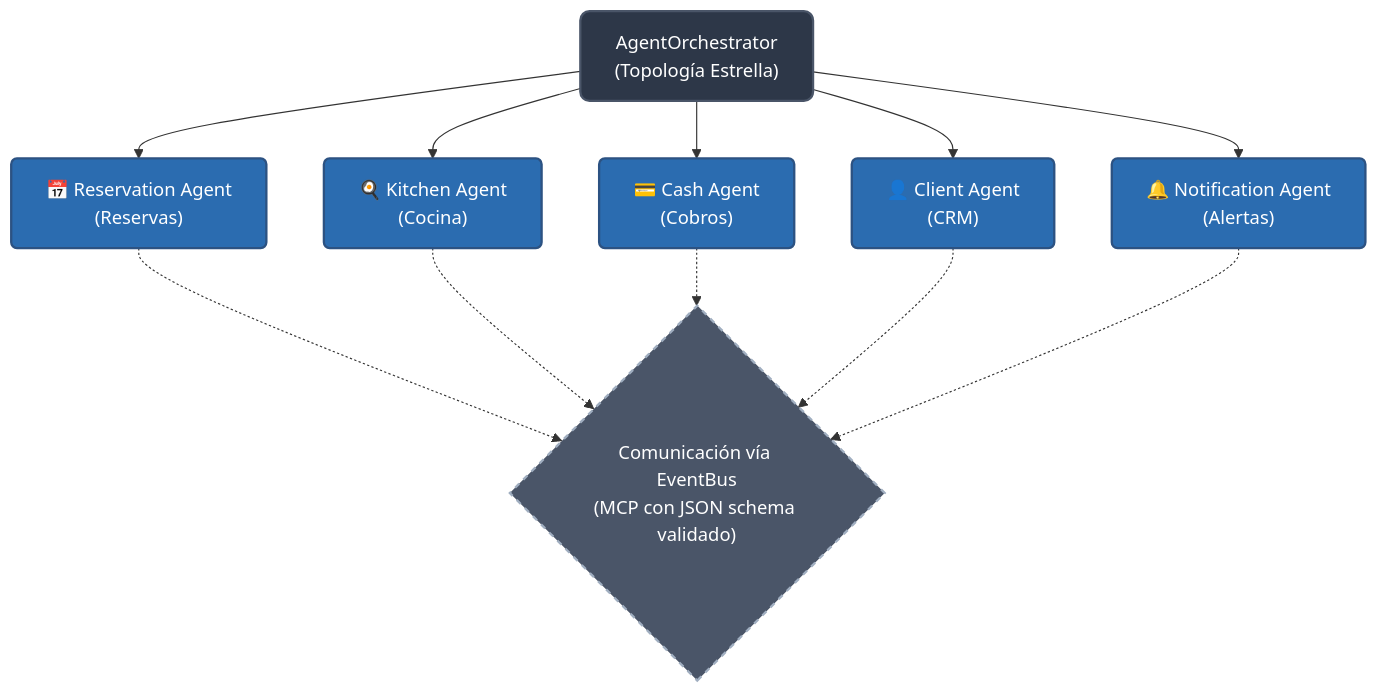
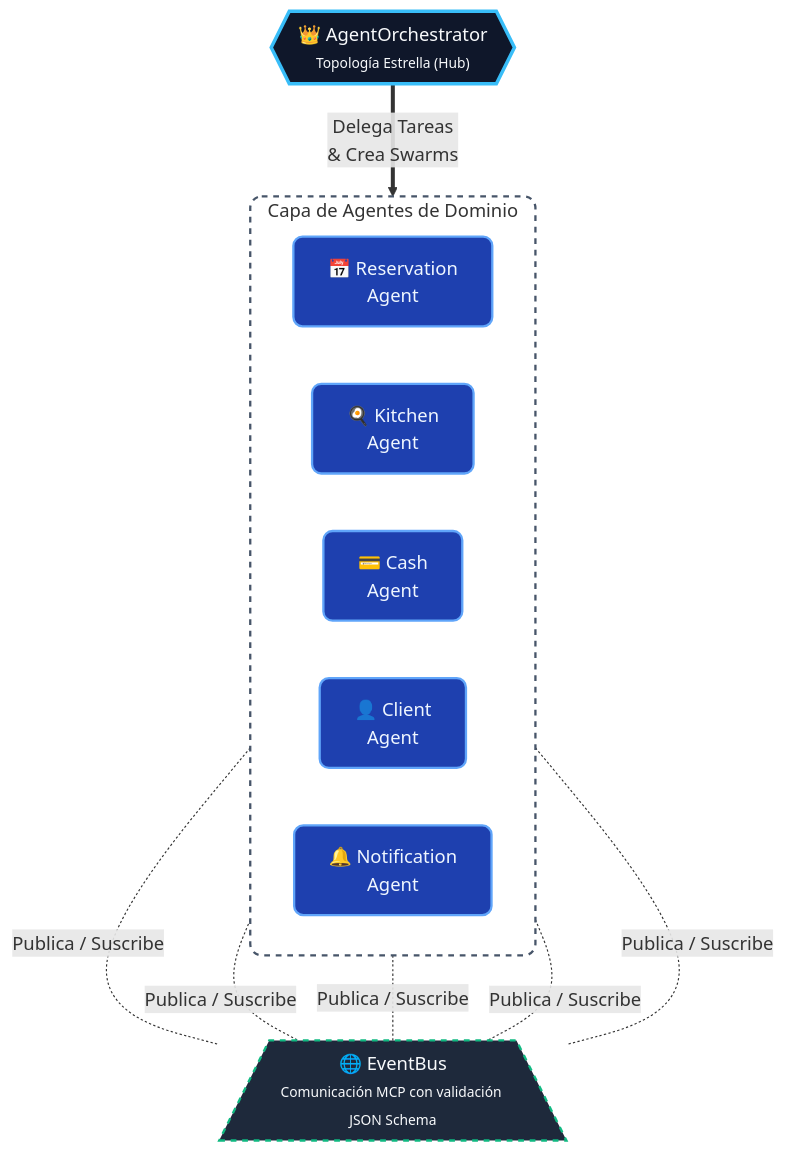
Before and after one commit to AngheloAP1203/Proyecto-de-sistema-multiagente-Pardos-Chiken: the diagram in README.md, drawn with Mermaid.

Commit message:
style: mejorar visualmente el diagrama mermaid de arquitectura

````diff
--- a/README.md
+++ b/README.md
@@ -26,19 +26,30 @@
 ```mermaid
-graph TD
-    classDef hub fill:#2d3748,stroke:#4a5568,stroke-width:2px,color:#fff,rx:8px,ry:8px;
-    classDef agent fill:#2b6cb0,stroke:#2c5282,stroke-width:2px,color:#fff,rx:5px,ry:5px;
-    classDef bus fill:#4a5568,stroke:#a0aec0,stroke-width:2px,stroke-dasharray: 5 5,color:#fff;
+flowchart TD
+    %% Estilos Visuales Modernos
+    classDef hub fill:#0f172a,stroke:#38bdf8,stroke-width:3px,color:#f8fafc,rx:12px,ry:12px;
+    classDef agent fill:#1e40af,stroke:#60a5fa,stroke-width:2px,color:#eff6ff,rx:8px,ry:8px;
+    classDef bus fill:#1e293b,stroke:#10b981,stroke-width:2px,stroke-dasharray: 5 5,color:#f8fafc,rx:15px,ry:15px;
 
-    HUB["AgentOrchestrator<br/>(Topología Estrella)"]:::hub
+    %% Orquestador Central
+    HUB{{"👑 AgentOrchestrator<br/><span style='font-size:12px;color:#94a3b8'>Topología Estrella (Hub)</span>"}}:::hub
 
-    R["📅 Reservation Agent<br/>(Reservas)"]:::agent
-    K["🍳 Kitchen Agent<br/>(Cocina)"]:::agent
-    C["💳 Cash Agent<br/>(Cobros)"]:::agent
-    CL["👤 Client Agent<br/>(CRM)"]:::agent
-    N["🔔 Notification Agent<br/>(Alertas)"]:::agent
+    %% Capa de Agentes de Dominio
+    subgraph Dominio [Capa de Agentes de Dominio]
+        direction LR
+        R["📅 Reservation<br/>Agent"]:::agent
+        K["🍳 Kitchen<br/>Agent"]:::agent
+        C["💳 Cash<br/>Agent"]:::agent
+        CL["👤 Client<br/>Agent"]:::agent
+        N["🔔 Notification<br/>Agent"]:::agent
+    end
 
-    EB{"Comunicación vía EventBus<br/>(MCP con JSON schema validado)"}:::bus
+    %% Capa de Comunicación
+    EB[/"🌐 EventBus<br/><span style='font-size:12px;color:#94a3b8'>Comunicación MCP con validación JSON Schema</span>"\]:::bus
 
-    HUB --> R & K & C & CL & N
-    R & K & C & CL & N -.-> EB
+    %% Relaciones
+    HUB ==>|Delega Tareas<br/>& Crea Swarms| Dominio
+    
+    R & K & C & CL & N -.-|Publica / Suscribe| EB
+
+    style Dominio fill:transparent,stroke:#475569,stroke-width:2px,stroke-dasharray: 5 5,rx:10px
 ```
````
